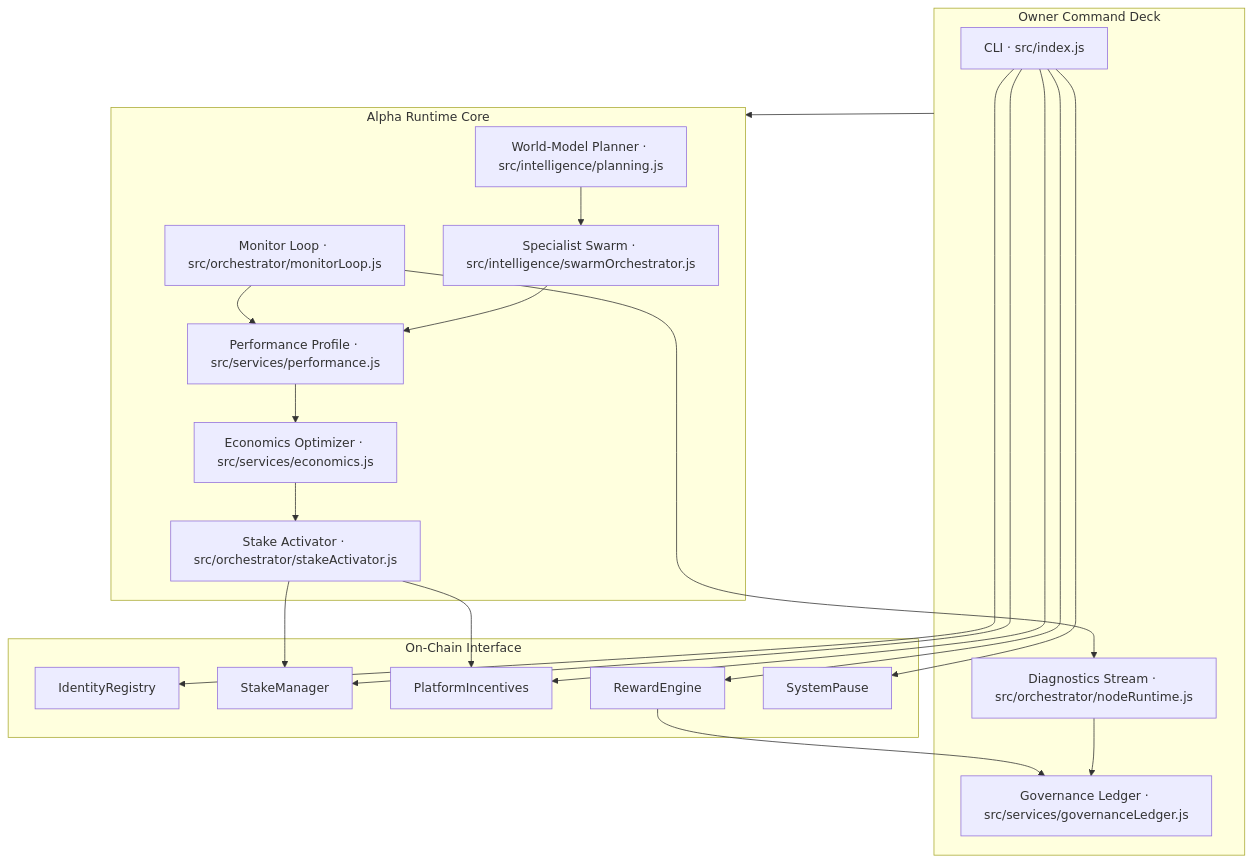
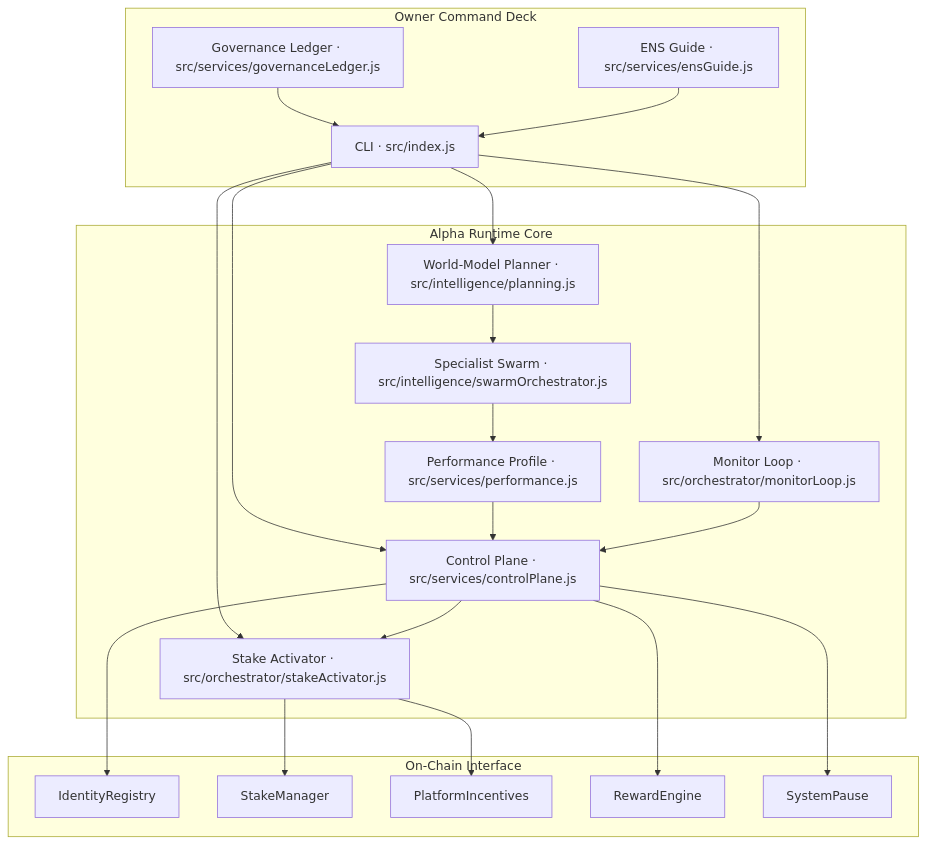
Before and after one commit to MontrealAI/AGI-Alpha-Node-v0: the first of 8 diagrams in docs/economics.md, drawn with Mermaid. The commit also changed other lines of this file and 1 other file, not shown here.

Commit message:
Rebuild economics codex and surface enforced CI badge

````diff
--- a/docs/economics.md
+++ b/docs/economics.md
@@ -50,42 +75,42 @@
 ```mermaid
 flowchart TD
-  subgraph OperatorDeck["Owner Command Deck"]
+  subgraph OwnerDeck["Owner Command Deck"]
     CLI["CLI · src/index.js"]
     Ledger["Governance Ledger · src/services/governanceLedger.js"]
-    Dash["Diagnostics Stream · src/orchestrator/nodeRuntime.js"]
+    Guide["ENS Guide · src/services/ensGuide.js"]
   end
 
   subgraph RuntimeCore["Alpha Runtime Core"]
     Planner["World-Model Planner · src/intelligence/planning.js"]
     Swarm["Specialist Swarm · src/intelligence/swarmOrchestrator.js"]
     Monitor["Monitor Loop · src/orchestrator/monitorLoop.js"]
     Performance["Performance Profile · src/services/performance.js"]
-    Economics["Economics Optimizer · src/services/economics.js"]
+    ControlPlane["Control Plane · src/services/controlPlane.js"]
     StakeActivator["Stake Activator · src/orchestrator/stakeActivator.js"]
   end
 
   subgraph ProtocolSurface["On-Chain Interface"]
     Identity["IdentityRegistry"]
     StakeManager["StakeManager"]
     Incentives["PlatformIncentives"]
     Rewards["RewardEngine"]
     Pause["SystemPause"]
   end
 
-  OperatorDeck --> RuntimeCore
+  CLI --> Planner
+  CLI --> StakeActivator
+  CLI --> ControlPlane
+  CLI --> Monitor
   Planner --> Swarm
   Swarm --> Performance
-  Performance --> Economics
-  Monitor --> Performance
-  Monitor --> Dash
-  Economics --> StakeActivator
+  Performance --> ControlPlane
+  Monitor --> ControlPlane
+  ControlPlane --> StakeActivator
+  ControlPlane --> Rewards
   StakeActivator --> Incentives
   StakeActivator --> StakeManager
-  CLI --> Pause
-  CLI --> Rewards
-  CLI --> Identity
-  CLI --> StakeManager
-  CLI --> Incentives
-  Dash --> Ledger
-  Rewards --> Ledger
+  ControlPlane --> Pause
+  ControlPlane --> Identity
+  Ledger --> CLI
+  Guide --> CLI
 ```
````
